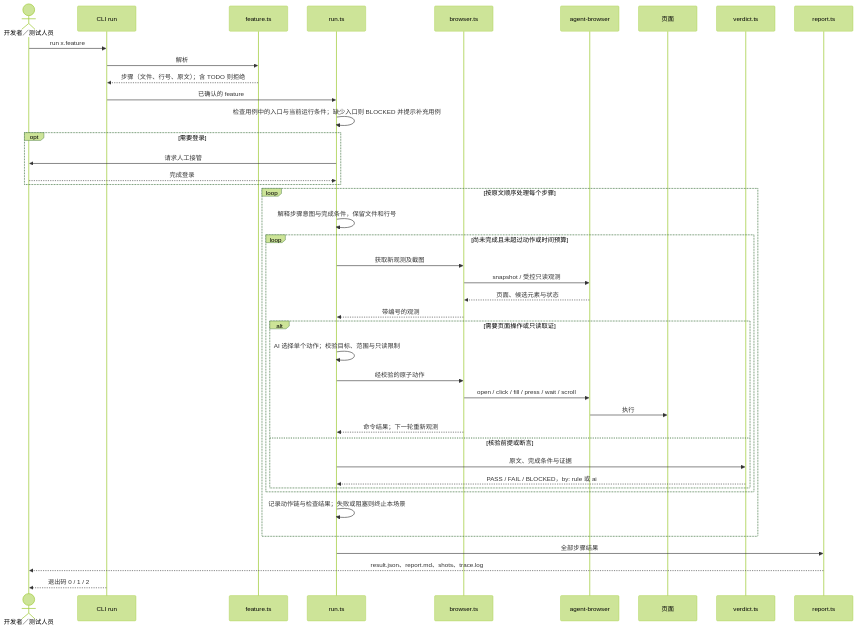
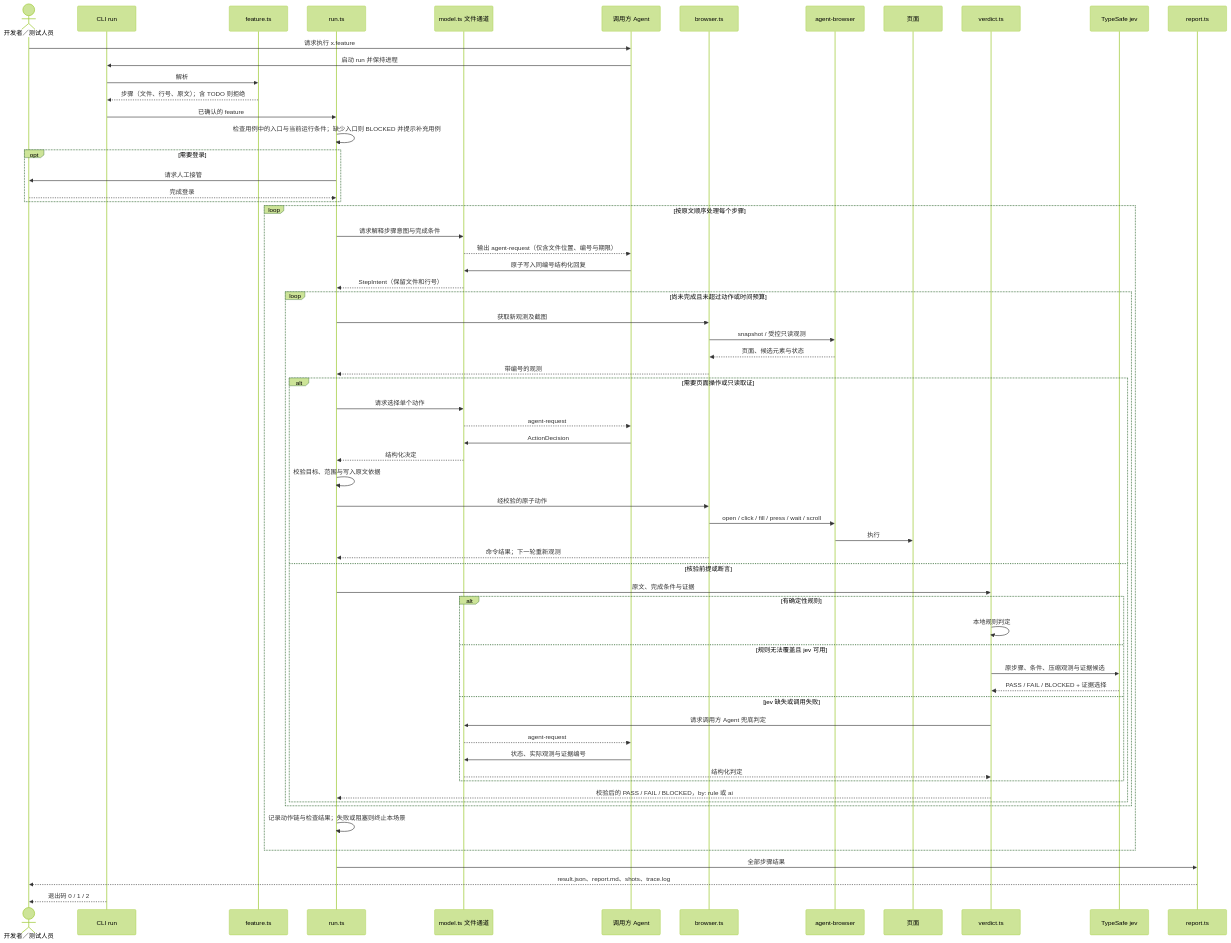
Before and after one commit to Mone-Lee/browser-automated: the third of 4 diagrams in docs/browser-test-technical-plan.md, drawn with Mermaid (forest theme). The commit also changed other lines of this file and 3 other files, not shown here.

````diff
--- a/docs/browser-test-technical-plan.md
+++ b/docs/browser-test-technical-plan.md
@@ -142,45 +157,67 @@
 ```mermaid
 sequenceDiagram
     actor U as 开发者／测试人员
     participant C as CLI run
     participant F as feature.ts
     participant R as run.ts
+    participant M as model.ts 文件通道
+    participant A as 调用方 Agent
     participant B as browser.ts
     participant AB as agent-browser
     participant P as 页面
     participant V as verdict.ts
+    participant T as TypeSafe jev
     participant RP as report.ts
 
-    U->>C: run x.feature
+    U->>A: 请求执行 x.feature
+    A->>C: 启动 run 并保持进程
     C->>F: 解析
     F-->>C: 步骤（文件、行号、原文）；含 TODO 则拒绝
     C->>R: 已确认的 feature
     R->>R: 检查用例中的入口与当前运行条件；缺少入口则 BLOCKED 并提示补充用例
     opt 需要登录
         R->>U: 请求人工接管
         U-->>R: 完成登录
     end
     loop 按原文顺序处理每个步骤
-        R->>R: 解释步骤意图与完成条件，保留文件和行号
+        R->>M: 请求解释步骤意图与完成条件
+        M-->>A: 输出 agent-request（仅含文件位置、编号与期限）
+        A->>M: 原子写入同编号结构化回复
+        M-->>R: StepIntent（保留文件和行号）
         loop 尚未完成且未超过动作或时间预算
             R->>B: 获取新观测及截图
             B->>AB: snapshot / 受控只读观测
             AB-->>B: 页面、候选元素与状态
             B-->>R: 带编号的观测
             alt 需要页面操作或只读取证
-                R->>R: AI 选择单个动作；校验目标、范围与只读限制
+                R->>M: 请求选择单个动作
+                M-->>A: agent-request
+                A->>M: ActionDecision
+                M-->>R: 结构化决定
+                R->>R: 校验目标、范围与写入原文依据
                 R->>B: 经校验的原子动作
                 B->>AB: open / click / fill / press / wait / scroll
                 AB->>P: 执行
                 B-->>R: 命令结果；下一轮重新观测
             else 核验前提或断言
                 R->>V: 原文、完成条件与证据
-                V-->>R: PASS / FAIL / BLOCKED，by: rule 或 ai
+                alt 有确定性规则
+                    V->>V: 本地规则判定
+                else 规则无法覆盖且 jev 可用
+                    V->>T: 原步骤、条件、压缩观测与证据候选
+                    T-->>V: PASS / FAIL / BLOCKED + 证据选择
+                else jev 缺失或调用失败
+                    V->>M: 请求调用方 Agent 兜底判定
+                    M-->>A: agent-request
+                    A->>M: 状态、实际观测与证据编号
+                    M-->>V: 结构化判定
+                end
+                V-->>R: 校验后的 PASS / FAIL / BLOCKED，by: rule 或 ai
             end
         end
         R->>R: 记录动作链与检查结果；失败或阻塞则终止本场景
     end
     R->>RP: 全部步骤结果
     RP-->>U: result.json、report.md、shots、trace.log
     C-->>U: 退出码 0 / 1 / 2
 ```
````
